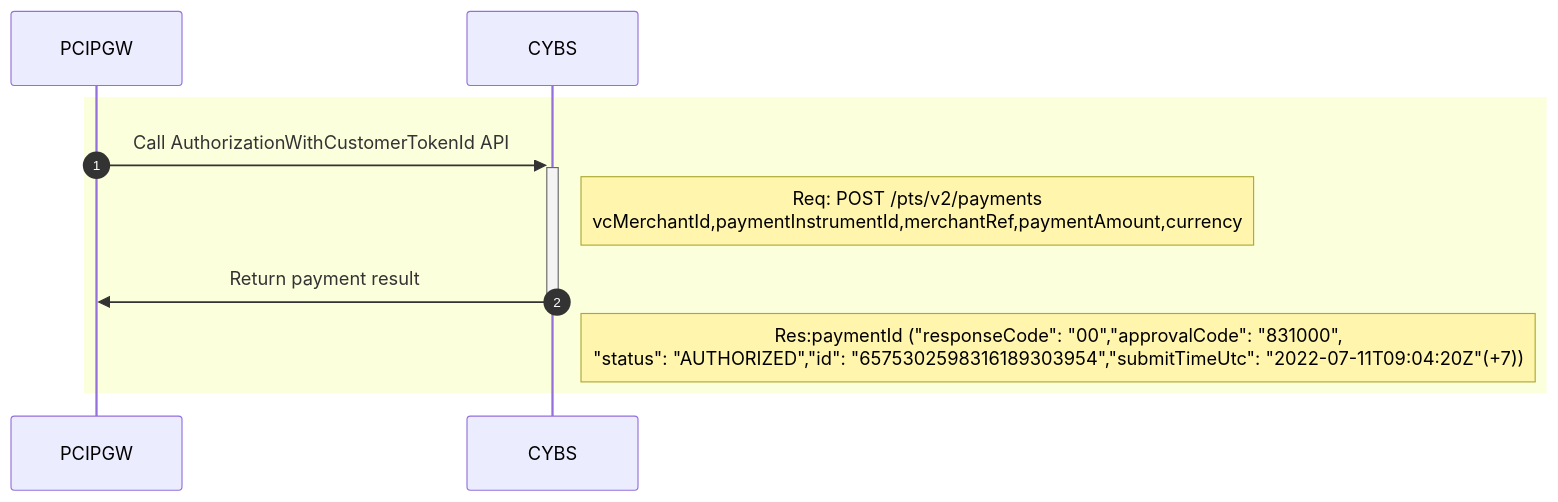
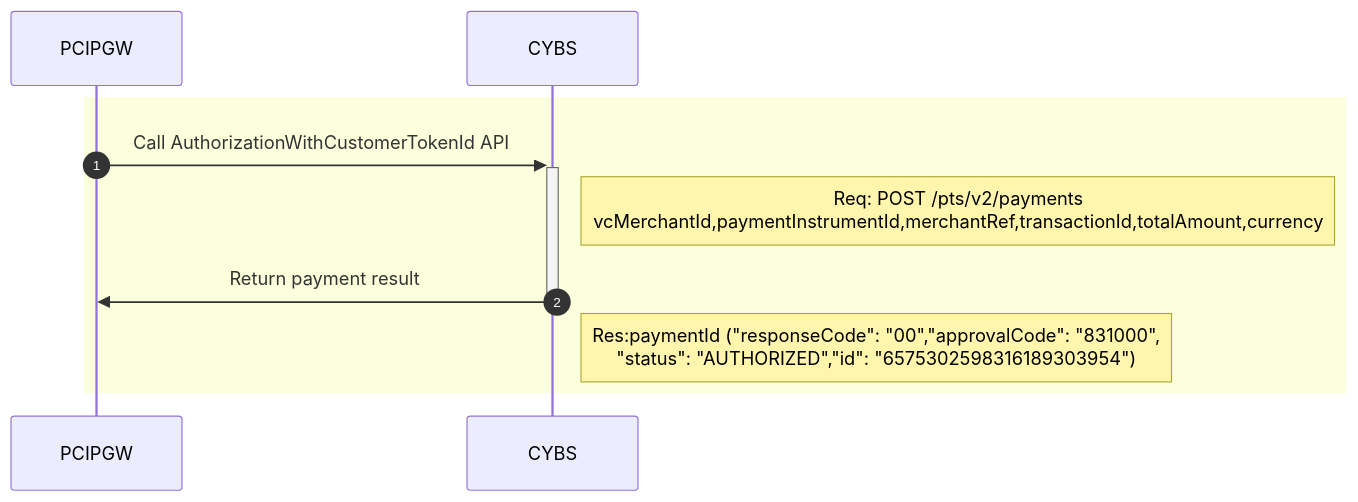
Before and after one commit to yuusuke25/MyNotes: the third of 8 diagrams in Cybs-Ph2-Flow3.md, drawn with Mermaid. The commit also changed other lines of this file, not shown here.

````diff
--- a/Cybs-Ph2-Flow3.md
+++ b/Cybs-Ph2-Flow3.md
@@ -50,10 +50,10 @@
 ```mermaid
     sequenceDiagram
     autonumber
         rect rgb(252, 255, 220)
             PCIPGW->>+CYBS:Call AuthorizationWithCustomerTokenId API
-            Note right of CYBS: Req: POST /pts/v2/payments<br>vcMerchantId,paymentInstrumentId,merchantRef,paymentAmount,currency
+            Note right of CYBS: Req: POST /pts/v2/payments<br>vcMerchantId,paymentInstrumentId,merchantRef,transactionId,totalAmount,currency
             CYBS->>-PCIPGW:Return payment result
-            Note right of CYBS: Res:paymentId ("responseCode": "00","approvalCode": "831000",<BR>"status": "AUTHORIZED","id": "6575302598316189303954","submitTimeUtc": "2022-07-11T09:04:20Z"(+7))
+            Note right of CYBS: Res:paymentId ("responseCode": "00","approvalCode": "831000",<BR>"status": "AUTHORIZED","id": "6575302598316189303954")
         end
 ```
````
